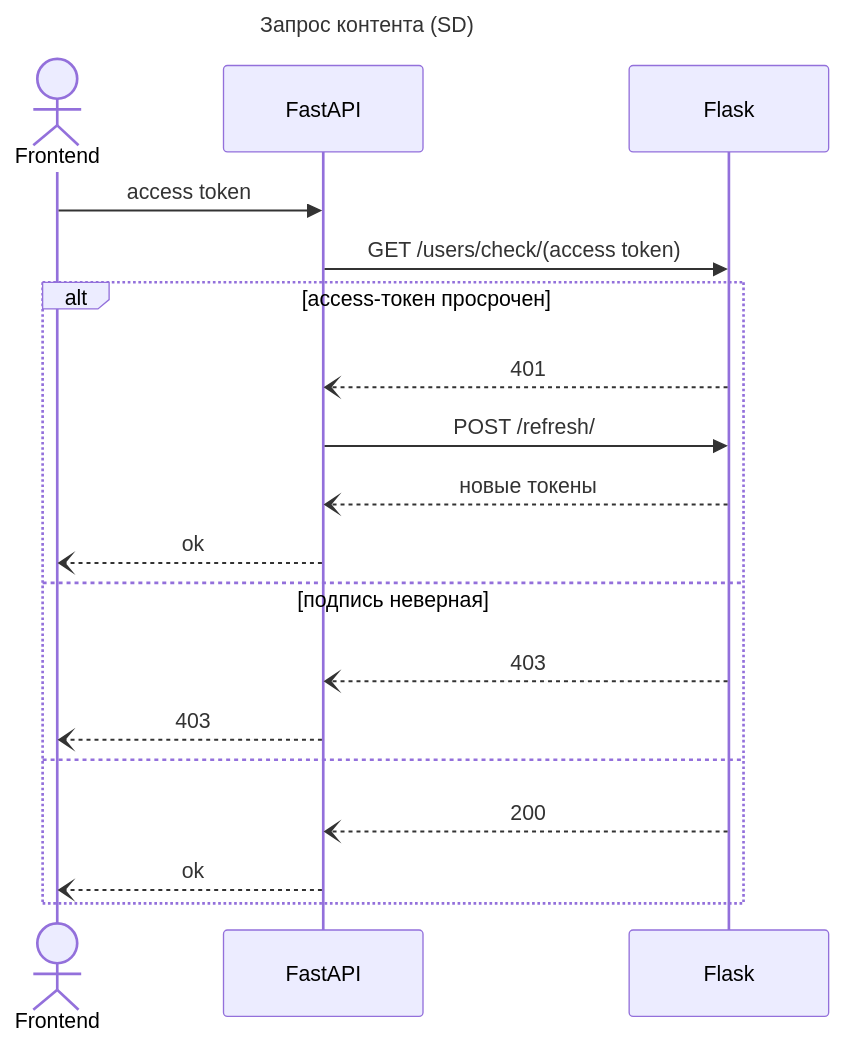
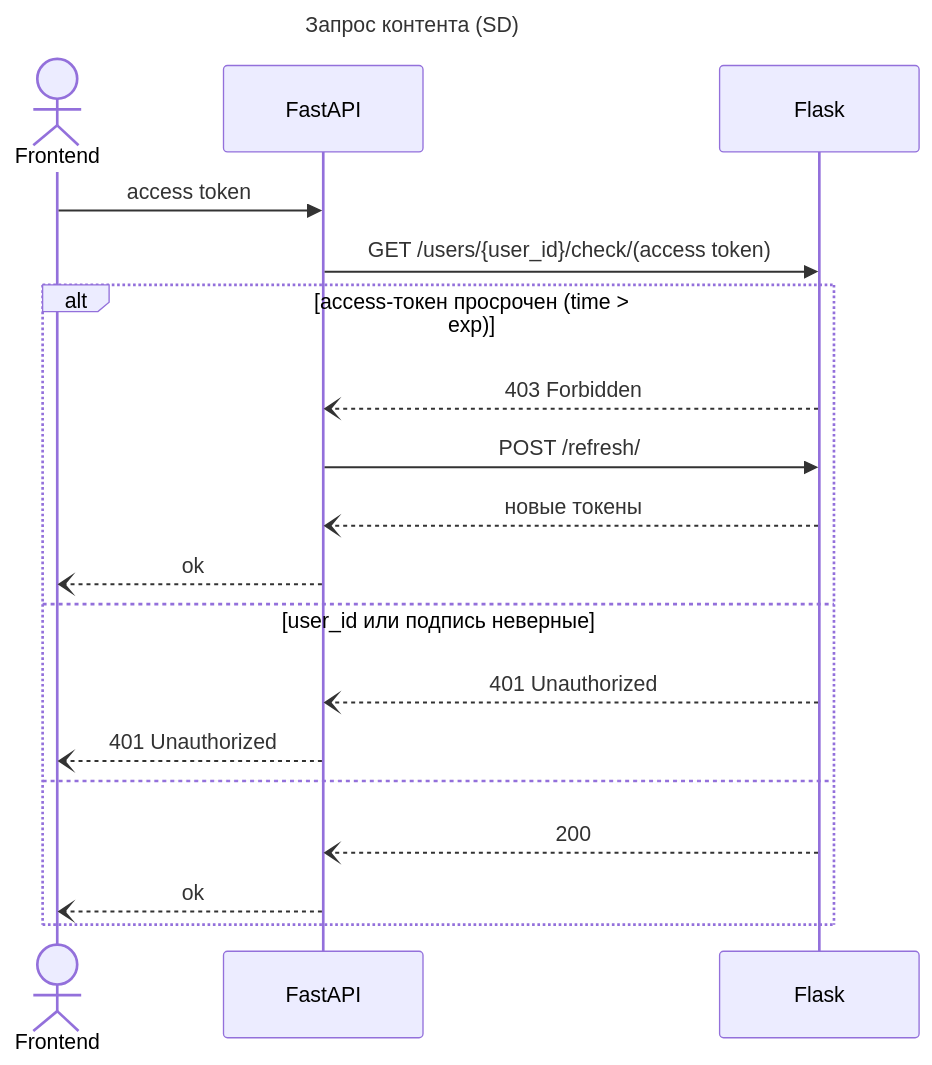
Before and after one commit to Dbl4/Auth_sprint_1: the diagram in documentation/auth-api/sd-check.md, drawn with Mermaid. The commit also changed other lines of this file and 9 other files, not shown here.

````diff
--- a/documentation/auth-api/sd-check.md
+++ b/documentation/auth-api/sd-check.md
@@ -6,26 +1,26 @@
 ```mermaid
 ---
 title: Запрос контента (SD)
 ---
 
 sequenceDiagram
     actor Frontend
     participant FastAPI
     participant Flask
 
     Frontend ->> FastAPI: access token
-    FastAPI ->> Flask: GET /users/check/(access token)
+    FastAPI ->> Flask: GET /users/{user_id}/check/(access token)
 
-    alt access-токен просрочен
-        Flask --) FastAPI: 401
+    alt access-токен просрочен (time > exp)
+        Flask --) FastAPI: 403 Forbidden
         FastAPI ->> Flask: POST /refresh/
         Flask --) FastAPI: новые токены
         FastAPI --) Frontend: ok
-    else подпись неверная
-        Flask --) FastAPI: 403
-        FastAPI --) Frontend: 403
+    else user_id или подпись неверные
+        Flask --) FastAPI: 401 Unauthorized
+        FastAPI --) Frontend: 401 Unauthorized
     else
         Flask --) FastAPI: 200
         FastAPI --) Frontend: ok
     end
 ```
````
